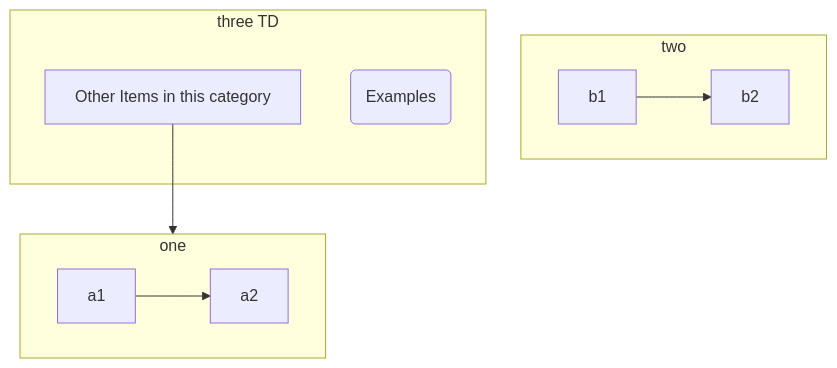
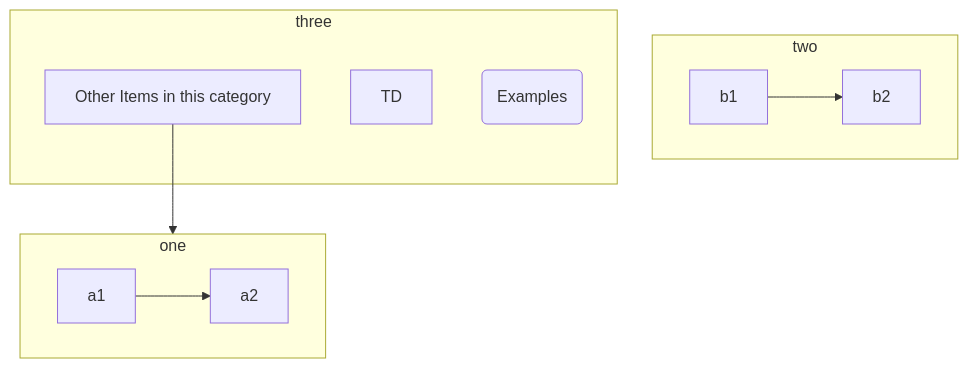
Before and after one commit to gerbssusd/dok: the diagram in slides.md, drawn with Mermaid.

````diff
--- a/slides.md
+++ b/slides.md
@@ -217,21 +217,22 @@
 ```mermaid
 flowchart TB
     c1-->a2
     subgraph one 
      direction LR
     a1-->a2
     end
     subgraph two
     b1-->b2
     end
-    subgraph three TD
+    subgraph three 
+TD
     c1[Other Items in this category] 
     c2(Examples)
     end
 
 
 
 
 
 
 ```
````
